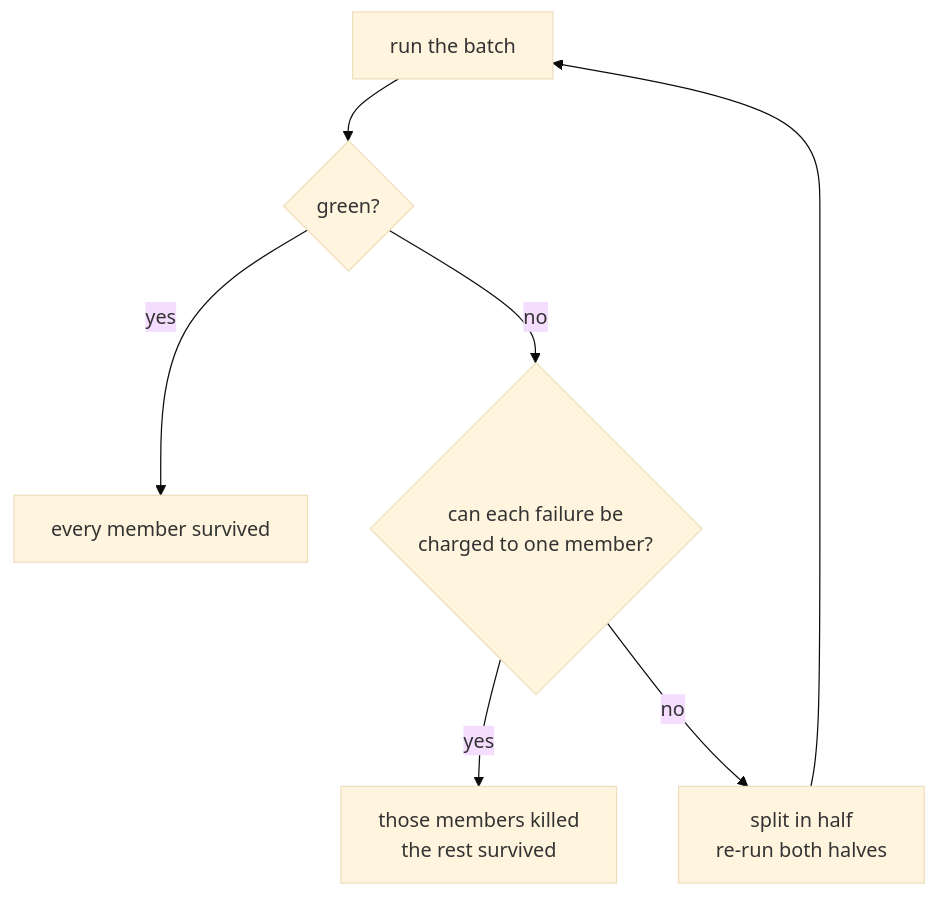
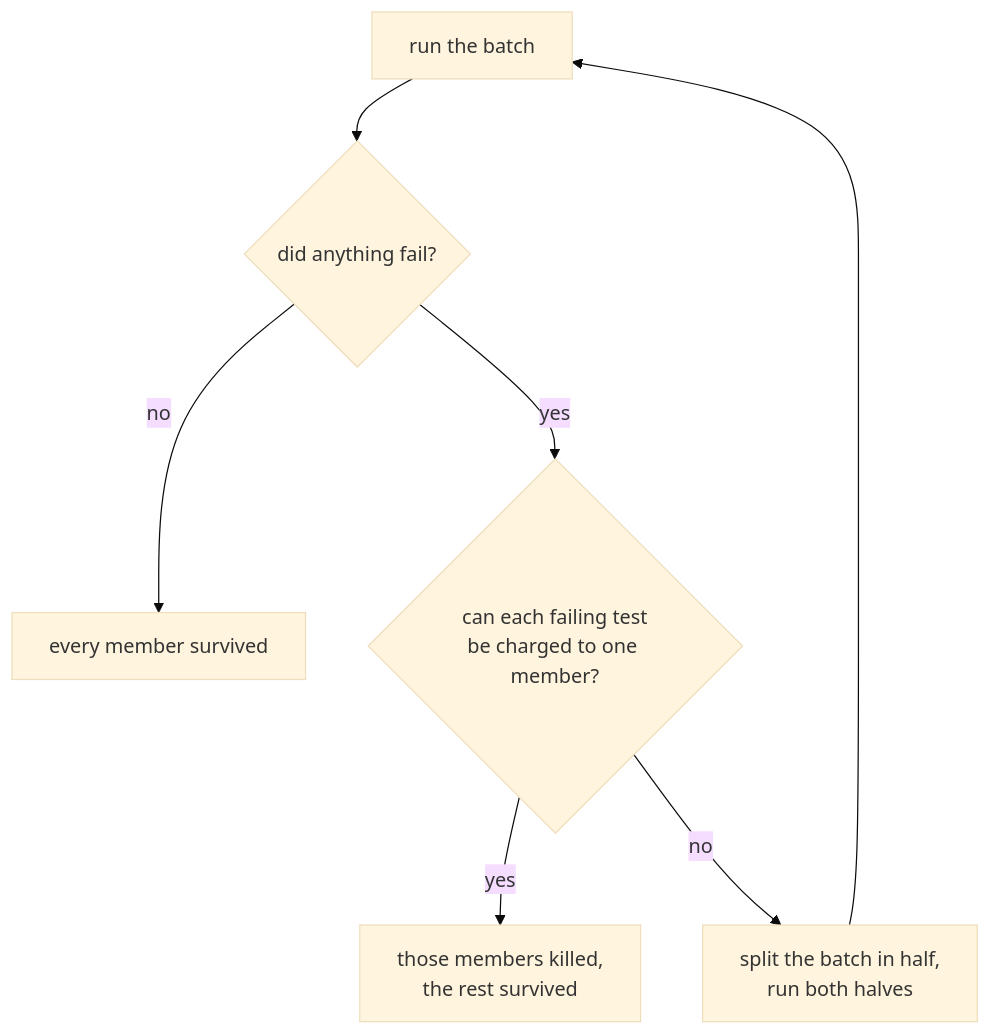
One commit to kvandeh/Angelo changed the diagram in docs/01-batch-mutating.md. Above: the diagram before and after it, drawn with Mermaid (base theme). The commit also changed other lines of this file and 26 other files, not shown here.

````diff
--- a/docs/01-batch-mutating.md
+++ b/docs/01-batch-mutating.md
@@ -27,9 +59,9 @@
 ```mermaid
 flowchart TD
-    A[run the batch] --> B{green?}
-    B -->|yes| C[every member survived]
-    B -->|no| D{can each failure be<br/>charged to one member?}
-    D -->|yes| E[those members killed<br/>the rest survived]
-    D -->|no| F[split in half<br/>re-run both halves]
+    A[run the batch] --> B{did anything fail?}
+    B -->|no| C[every member survived]
+    B -->|yes| D{can each failing test<br/>be charged to one member?}
+    D -->|yes| E[those members killed,<br/>the rest survived]
+    D -->|no| F[split the batch in half,<br/>run both halves]
     F --> A
 ```
````
